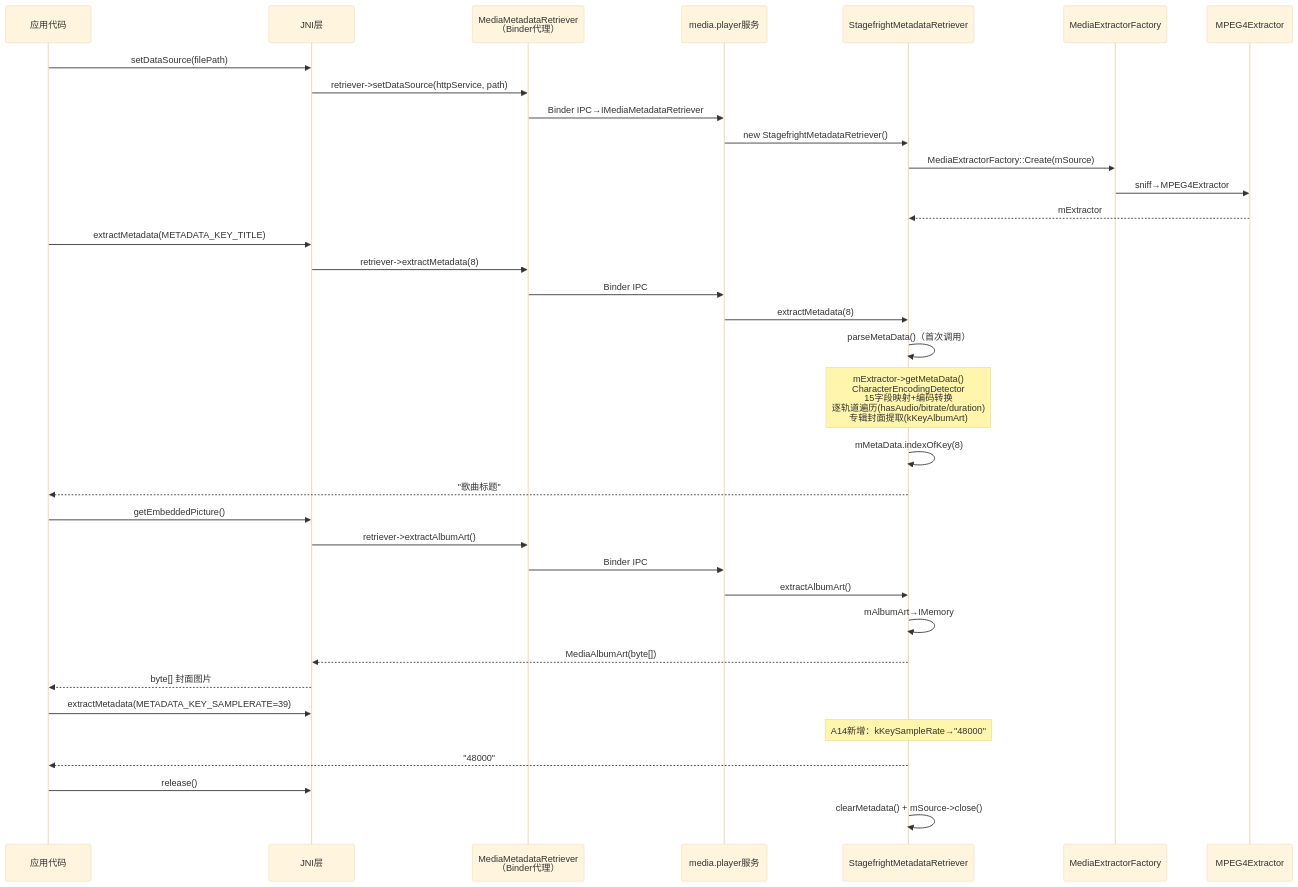
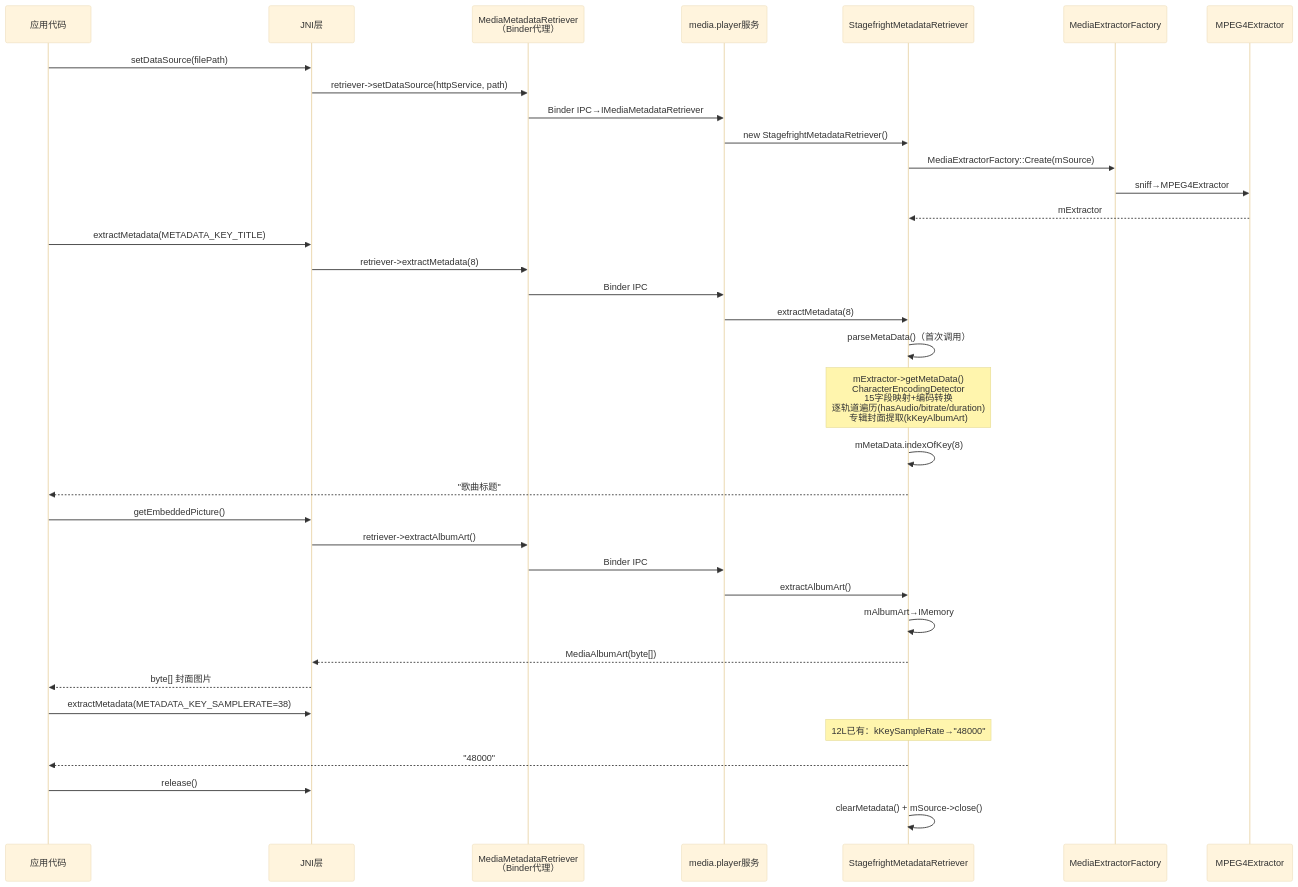
The second of 3 diagrams in 02_Application_Layer/02_2.14_MediaMetadataRetriever.md (yanglinzhen1022/SA8295_AAOS_QNX_Audio_KnowledgeBase), drawn with Mermaid (base theme) before and after one commit. The commit also changed other lines of this file and 14 other files, not shown here.

````diff
--- a/02_Application_Layer/02_2.14_MediaMetadataRetriever.md
+++ b/02_Application_Layer/02_2.14_MediaMetadataRetriever.md
@@ -457,42 +454,42 @@
 ```mermaid
 sequenceDiagram
     participant App as 应用代码
     participant JNI as JNI层
     participant Proxy as MediaMetadataRetriever<br>（Binder代理）
     participant Service as media.player服务
     participant SMR as StagefrightMetadataRetriever
     participant MEF as MediaExtractorFactory
     participant EXT as MPEG4Extractor
 
     App->>JNI: setDataSource(filePath)
     JNI->>Proxy: retriever->setDataSource(httpService, path)
     Proxy->>Service: Binder IPC→IMediaMetadataRetriever
     Service->>SMR: new StagefrightMetadataRetriever()
     SMR->>MEF: MediaExtractorFactory::Create(mSource)
     MEF->>EXT: sniff→MPEG4Extractor
     EXT-->>SMR: mExtractor
 
     App->>JNI: extractMetadata(METADATA_KEY_TITLE)
     JNI->>Proxy: retriever->extractMetadata(8)
     Proxy->>Service: Binder IPC
     Service->>SMR: extractMetadata(8)
     SMR->>SMR: parseMetaData()（首次调用）
     Note over SMR: mExtractor->getMetaData()<br>CharacterEncodingDetector<br>15字段映射+编码转换<br>逐轨道遍历(hasAudio/bitrate/duration)<br>专辑封面提取(kKeyAlbumArt)
     SMR->>SMR: mMetaData.indexOfKey(8)
     SMR-->>App: "歌曲标题"
 
     App->>JNI: getEmbeddedPicture()
     JNI->>Proxy: retriever->extractAlbumArt()
     Proxy->>Service: Binder IPC
     Service->>SMR: extractAlbumArt()
     SMR->>SMR: mAlbumArt→IMemory
     SMR-->>JNI: MediaAlbumArt(byte[])
     JNI-->>App: byte[] 封面图片
 
-    App->>JNI: extractMetadata(METADATA_KEY_SAMPLERATE=39)
-    Note over SMR: A14新增：kKeySampleRate→"48000"
+    App->>JNI: extractMetadata(METADATA_KEY_SAMPLERATE=38)
+    Note over SMR: 12L已有：kKeySampleRate→"48000"
     SMR-->>App: "48000"
 
     App->>JNI: release()
     SMR->>SMR: clearMetadata() + mSource->close()
 ```
````
